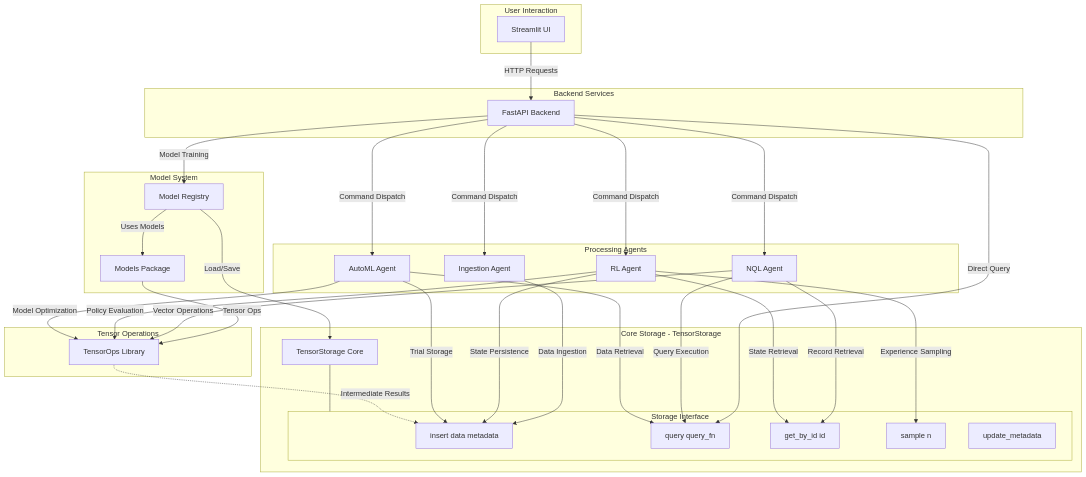
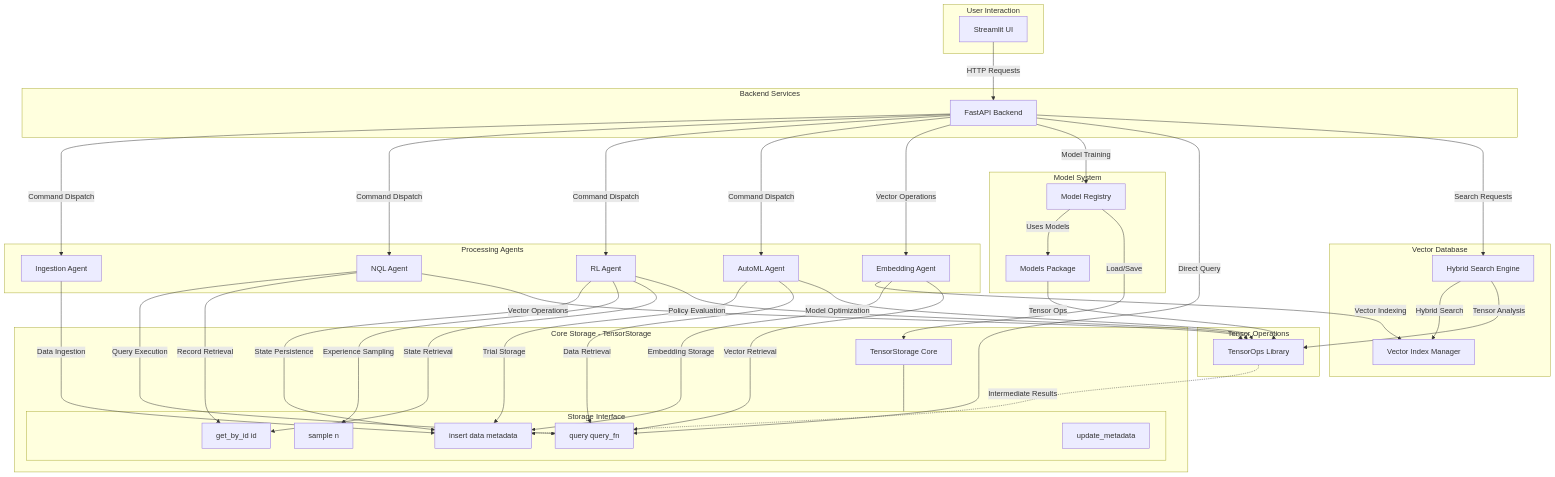
One commit to tensorus/tensorus changed the diagram in README.md. Above: the diagram before and after it, drawn with Mermaid. The commit also changed other lines of this file and 7 other files, not shown here.

Commit message:
feat: add vector database with hybrid semantic-computational search capabilities

```diff
--- a/README.md
+++ b/README.md
@@ -102,6 +108,13 @@
         NQLA[NQL Agent]
         RLA[RL Agent]
         AutoMLA[AutoML Agent]
+        EA[Embedding Agent]
+    end
+
+    %% Vector Database Layer
+    subgraph Vector_Layer ["Vector Database"]
+        VDB[Vector Index Manager]
+        HSE[Hybrid Search Engine]
     end
 
     %% Model System
@@ -123,8 +136,14 @@
     API -->|Command Dispatch| NQLA
     API -->|Command Dispatch| RLA
     API -->|Command Dispatch| AutoMLA
+    API -->|Vector Operations| EA
     API -->|Model Training| Registry
     API -->|Direct Query| TS_query
+
+    %% Vector Database Integration
+    EA -->|Vector Indexing| VDB
+    HSE -->|Hybrid Search| VDB
+    API -->|Search Requests| HSE
 
     %% Model System Interactions
     Registry -->|Uses Models| ModelsPkg
@@ -144,10 +163,14 @@
     AutoMLA -->|Trial Storage| TS_insert
     AutoMLA -->|Data Retrieval| TS_query
 
+    EA -->|Embedding Storage| TS_insert
+    EA -->|Vector Retrieval| TS_query
+
     %% Computational Operations
     NQLA -->|Vector Operations| TOps
     RLA -->|Policy Evaluation| TOps
     AutoMLA -->|Model Optimization| TOps
+    HSE -->|Tensor Analysis| TOps
 
     %% Indirect Storage Write-back
     TOps -.->|Intermediate Results| TS_insert
```
